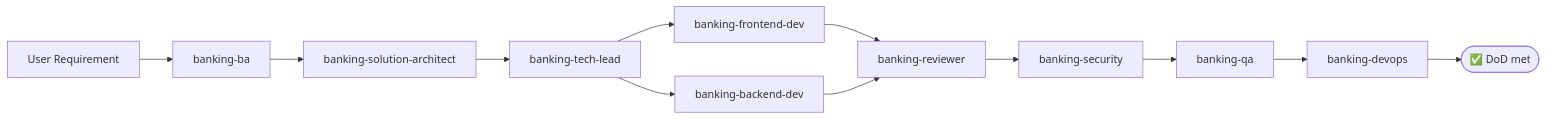
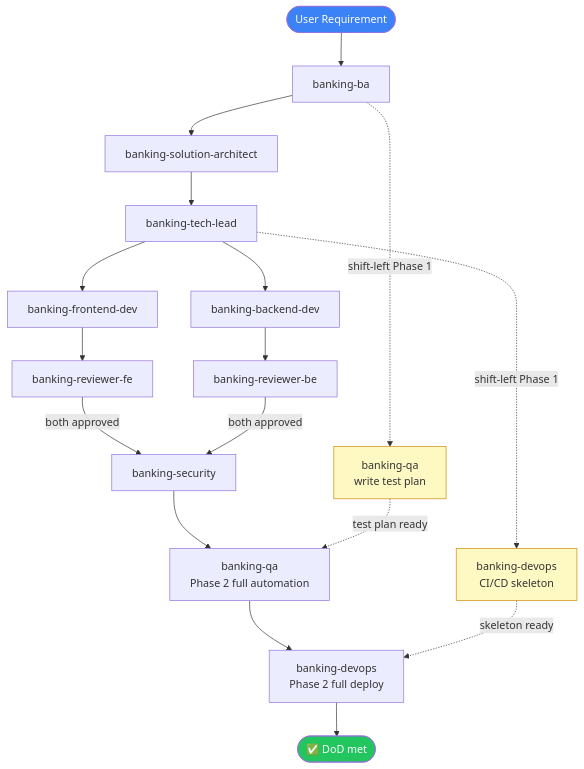
Before and after one commit to amanurat/demo-skill-ai: the diagram in docs/architecture/workflow.md, drawn with Mermaid. The commit also changed other lines of this file and 6 other files, not shown here.

````diff
--- a/docs/architecture/workflow.md
+++ b/docs/architecture/workflow.md
@@ -5,14 +5,32 @@
 ```mermaid
-flowchart LR
-    Req[User Requirement] --> BA[banking-ba]
+flowchart TD
+    Req([User Requirement]) --> BA[banking-ba]
+
     BA --> SA[banking-solution-architect]
+    BA -.->|shift-left Phase 1| QA_P1[banking-qa\nwrite test plan]
+
     SA --> TL[banking-tech-lead]
+
     TL --> FE[banking-frontend-dev]
     TL --> BE[banking-backend-dev]
-    FE --> RV[banking-reviewer]
-    BE --> RV
-    RV --> SEC[banking-security]
-    SEC --> QA[banking-qa]
-    QA --> DO[banking-devops]
+    TL -.->|shift-left Phase 1| DO_P1[banking-devops\nCI/CD skeleton]
+
+    FE --> RV_FE[banking-reviewer-fe]
+    BE --> RV_BE[banking-reviewer-be]
+
+    RV_FE -->|both approved| SEC[banking-security]
+    RV_BE -->|both approved| SEC
+
+    SEC --> QA[banking-qa\nPhase 2 full automation]
+    QA_P1 -.->|test plan ready| QA
+
+    QA --> DO[banking-devops\nPhase 2 full deploy]
+    DO_P1 -.->|skeleton ready| DO
+
     DO --> Done([✅ DoD met])
+
+    style QA_P1 fill:#fef9c3,stroke:#ca8a04
+    style DO_P1 fill:#fef9c3,stroke:#ca8a04
+    style Done fill:#22c55e,color:#fff
+    style Req fill:#3b82f6,color:#fff
 ```
````
